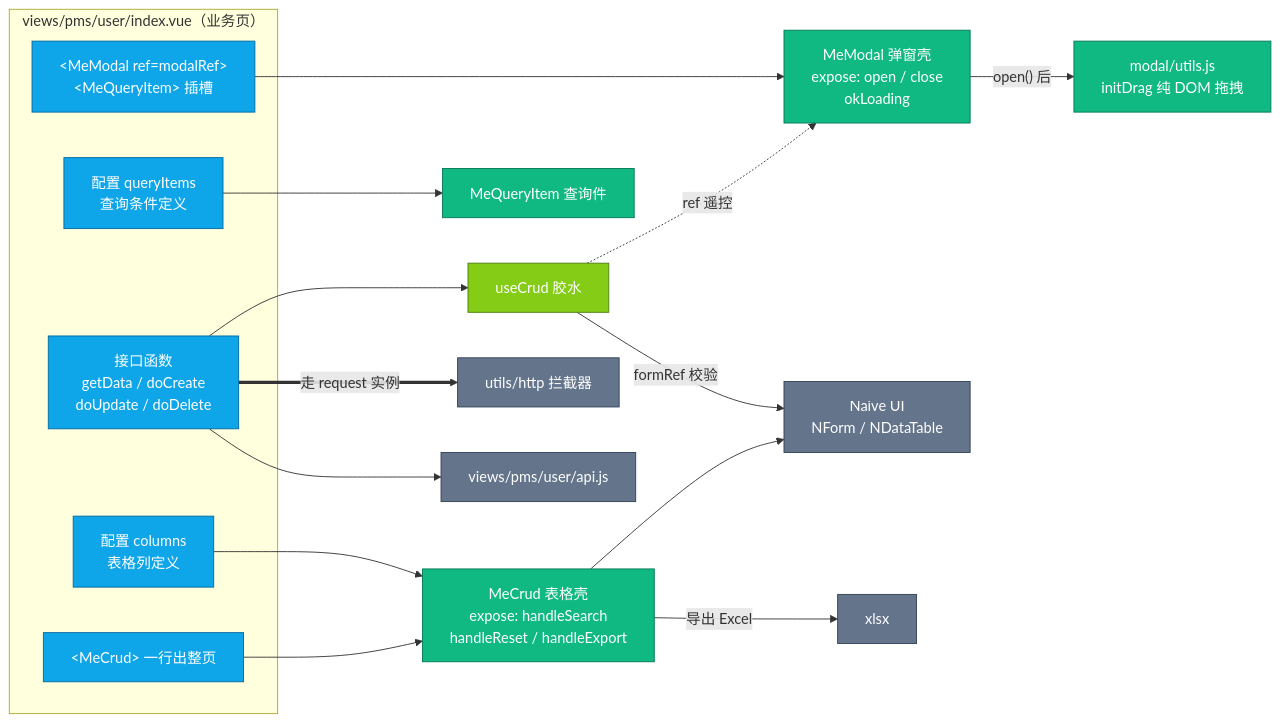
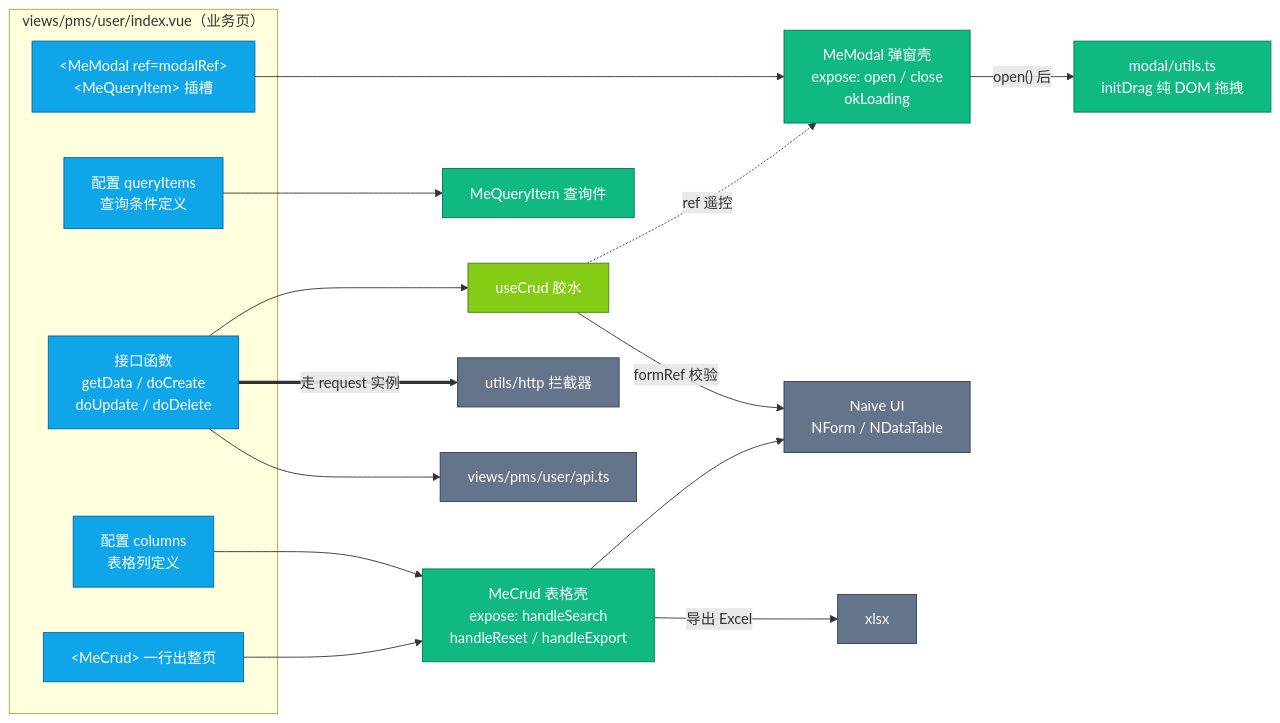
Before and after one commit to JiaxiLiang/vue-naive-admin: the ninth of 13 diagrams in docs/arch-overview.md, drawn with Mermaid. The commit also changed other lines of this file and 93 other files, not shown here.

````diff
--- a/docs/arch-overview.md
+++ b/docs/arch-overview.md
@@ -569,34 +569,34 @@
 ```mermaid
 flowchart LR
     subgraph PAGE["views/pms/user/index.vue（业务页）"]
         P1["配置 columns<br/>表格列定义"]
         P2["配置 queryItems<br/>查询条件定义"]
         P3["接口函数<br/>getData / doCreate<br/>doUpdate / doDelete"]
         P4["&lt;MeCrud&gt; 一行出整页"]
         P5["&lt;MeModal ref=modalRef&gt;<br/>&lt;MeQueryItem&gt; 插槽"]
     end
 
     P1 --> CRUDP["MeCrud 表格壳<br/>expose: handleSearch<br/>handleReset / handleExport"]
     P2 --> QITEM["MeQueryItem 查询件"]
     P3 --> CRUDL["useCrud 胶水"]
     P4 --> CRUDP
     P5 --> MODAL["MeModal 弹窗壳<br/>expose: open / close<br/>okLoading"]
 
     CRUDL -.->|"ref 遥控"| MODAL
     CRUDL -->|"formRef 校验"| NAIVE["Naive UI<br/>NForm / NDataTable"]
     CRUDP --> NAIVE
     CRUDP -->|"导出 Excel"| XLSX["xlsx"]
-    MODAL -->|"open() 后"| DRAG["modal/utils.js<br/>initDrag 纯 DOM 拖拽"]
+    MODAL -->|"open() 后"| DRAG["modal/utils.ts<br/>initDrag 纯 DOM 拖拽"]
 
     P3 ==>|"走 request 实例"| HTTP["utils/http 拦截器"]
-    P3 --> A1["views/pms/user/api.js"]
+    P3 --> A1["views/pms/user/api.ts"]
 
     classDef pg fill:#0ea5e9,stroke:#0369a1,color:#fff
     classDef cp fill:#10b981,stroke:#047857,color:#fff
     classDef lg fill:#84cc16,stroke:#4d7c0f,color:#fff
     classDef nf fill:#64748b,stroke:#334155,color:#fff
     class P1,P2,P3,P4,P5 pg
     class CRUDP,QITEM,MODAL,DRAG cp
     class CRUDL lg
     class NAIVE,XLSX,HTTP,A1 nf
 ```
````
